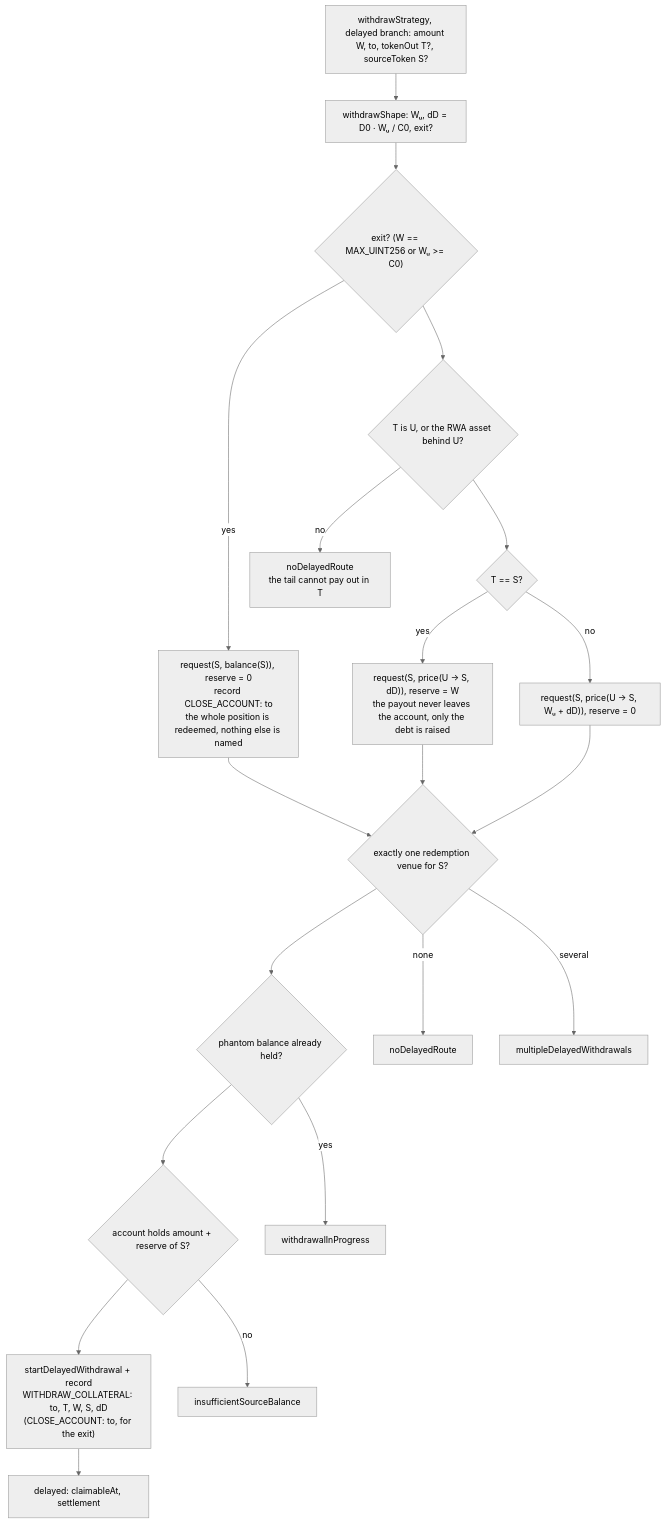
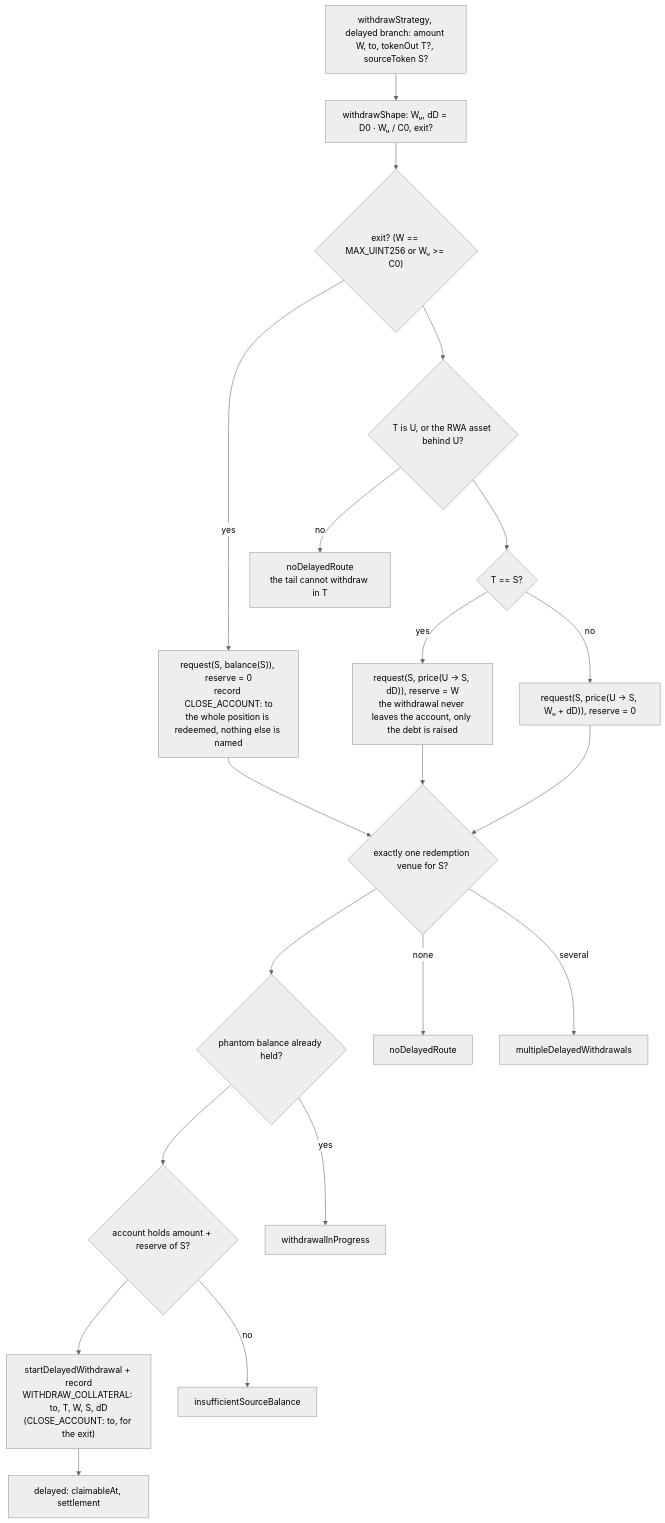
One commit to Gearbox-protocol/sdk changed the second of 8 diagrams in docs/intents/delayed.md. Above: the diagram before and after it, drawn with Mermaid (neutral theme). The commit also changed other lines of this file and 53 other files, not shown here.

````diff
--- a/docs/intents/delayed.md
+++ b/docs/intents/delayed.md
@@ -60,30 +60,30 @@
 ```mermaid
 flowchart TD
   in["withdrawStrategy, delayed branch: amount W, to, tokenOut T?, sourceToken S?"]
   shape["withdrawShape: Wᵤ, dD = D0 · Wᵤ / C0, exit?"]
   all{"exit? (W == MAX_UINT256 or Wᵤ >= C0)"}
   pay{"T is U, or the RWA asset behind U?"}
   src{"T == S?"}
-  r1["request(S, price(U → S, dD)), reserve = W<br/>the payout never leaves the account, only the debt is raised"]
+  r1["request(S, price(U → S, dD)), reserve = W<br/>the withdrawal never leaves the account, only the debt is raised"]
   r2["request(S, price(U → S, Wᵤ + dD)), reserve = 0"]
   cfg{"exactly one redemption venue for S?"}
   ph{"phantom balance already held?"}
   holds{"account holds amount + reserve of S?"}
   op["startDelayedWithdrawal + record<br/>WITHDRAW_COLLATERAL: to, T, W, S, dD<br/>(CLOSE_ACCOUNT: to, for the exit)"]
   out["delayed: claimableAt, settlement"]
 
   in --> shape --> all
   all -->|"yes"| ex["request(S, balance(S)), reserve = 0<br/>record CLOSE_ACCOUNT: to<br/>the whole position is redeemed, nothing else is named"] --> cfg
   all --> pay
-  pay -->|"no"| e2["noDelayedRoute<br/>the tail cannot pay out in T"]
+  pay -->|"no"| e2["noDelayedRoute<br/>the tail cannot withdraw in T"]
   pay --> src
   src -->|"yes"| r1 --> cfg
   src -->|"no"| r2 --> cfg
   cfg -->|"none"| e3["noDelayedRoute"]
   cfg -->|"several"| e4["multipleDelayedWithdrawals"]
   cfg --> ph
   ph -->|"yes"| e5["withdrawalInProgress"]
   ph --> holds
   holds -->|"no"| e6["insufficientSourceBalance"]
   holds --> op --> out
 ```
````
